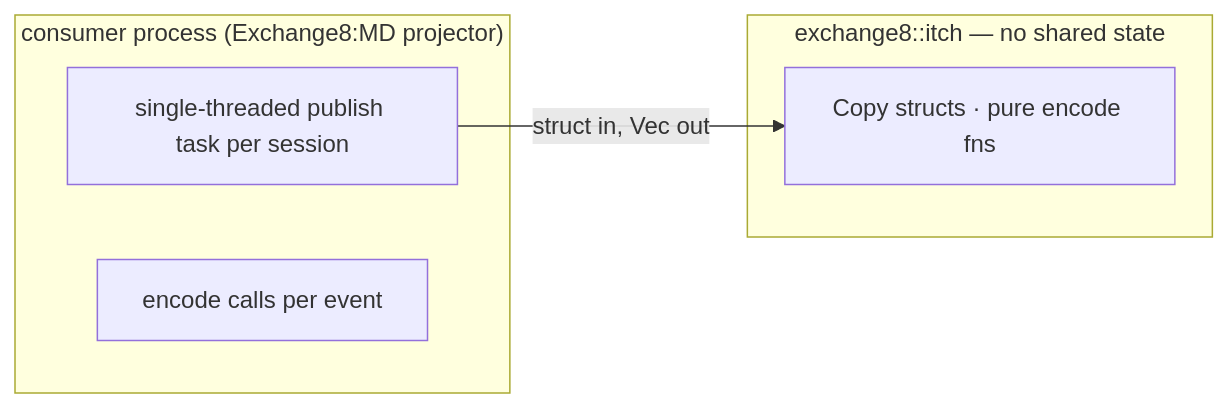
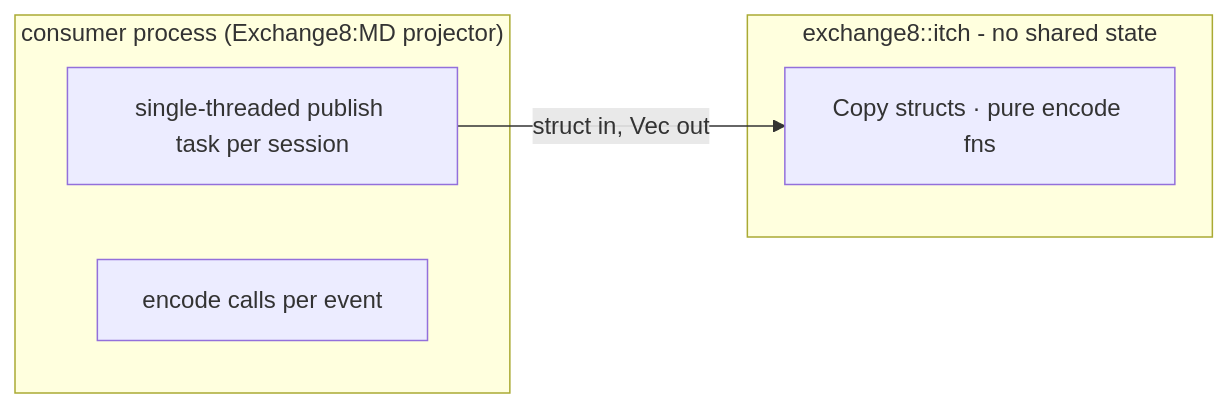
Before and after one commit to Exchange8-dev/exchange8-sdk: the sixth of 7 diagrams in crates/itch/DESIGN.md, drawn with Mermaid. The commit also changed other lines of this file and 60 other files, not shown here.

````diff
--- a/crates/itch/DESIGN.md
+++ b/crates/itch/DESIGN.md
@@ -255,11 +255,11 @@
 ```mermaid
 graph LR
     subgraph CONSUMER["consumer process (Exchange8:MD projector)"]
         T["single-threaded publish task per session"]
         C["encode calls per event"]
     end
-    subgraph LIB["exchange8::itch — no shared state"]
+    subgraph LIB["exchange8::itch - no shared state"]
         P["Copy structs · pure encode fns"]
     end
     T -->|"struct in, Vec out"| P
 ```
````
